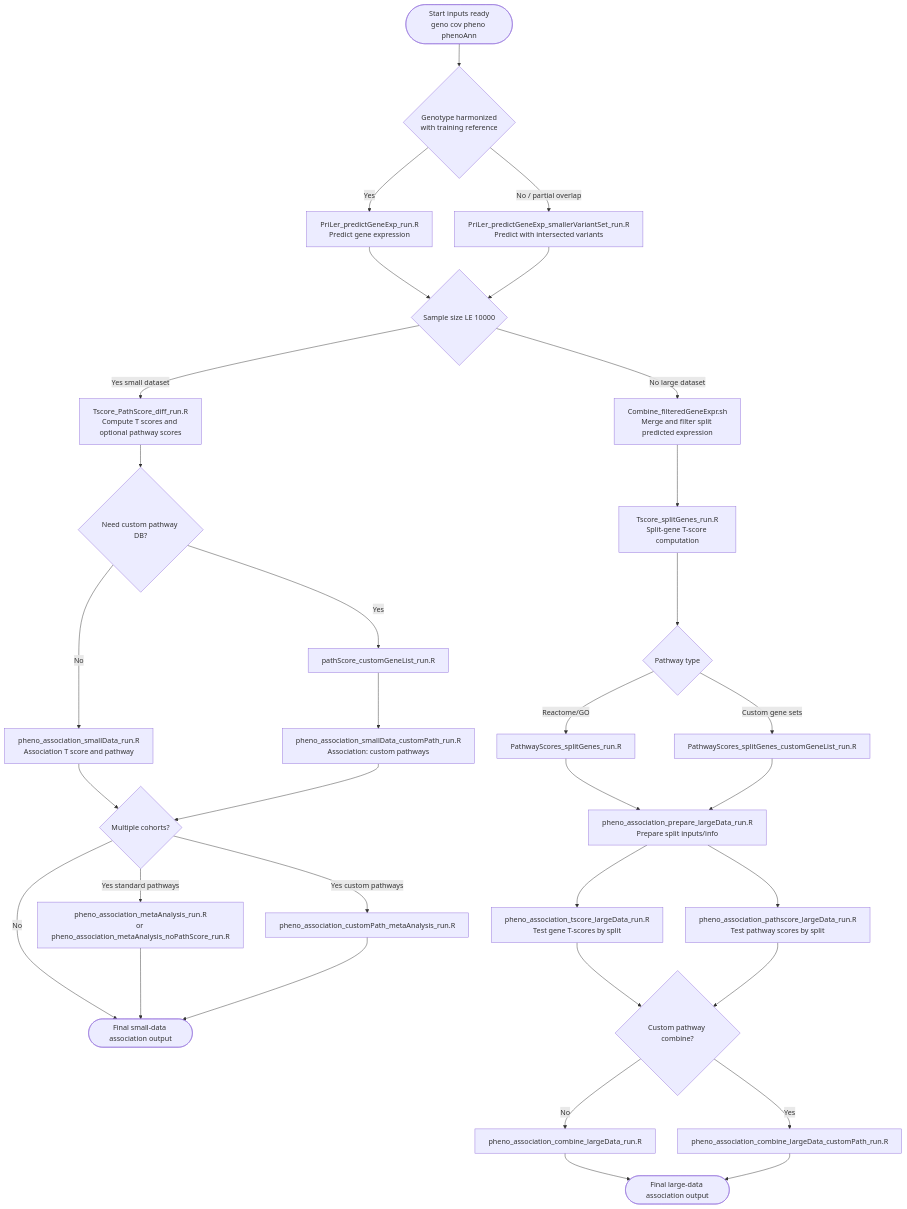
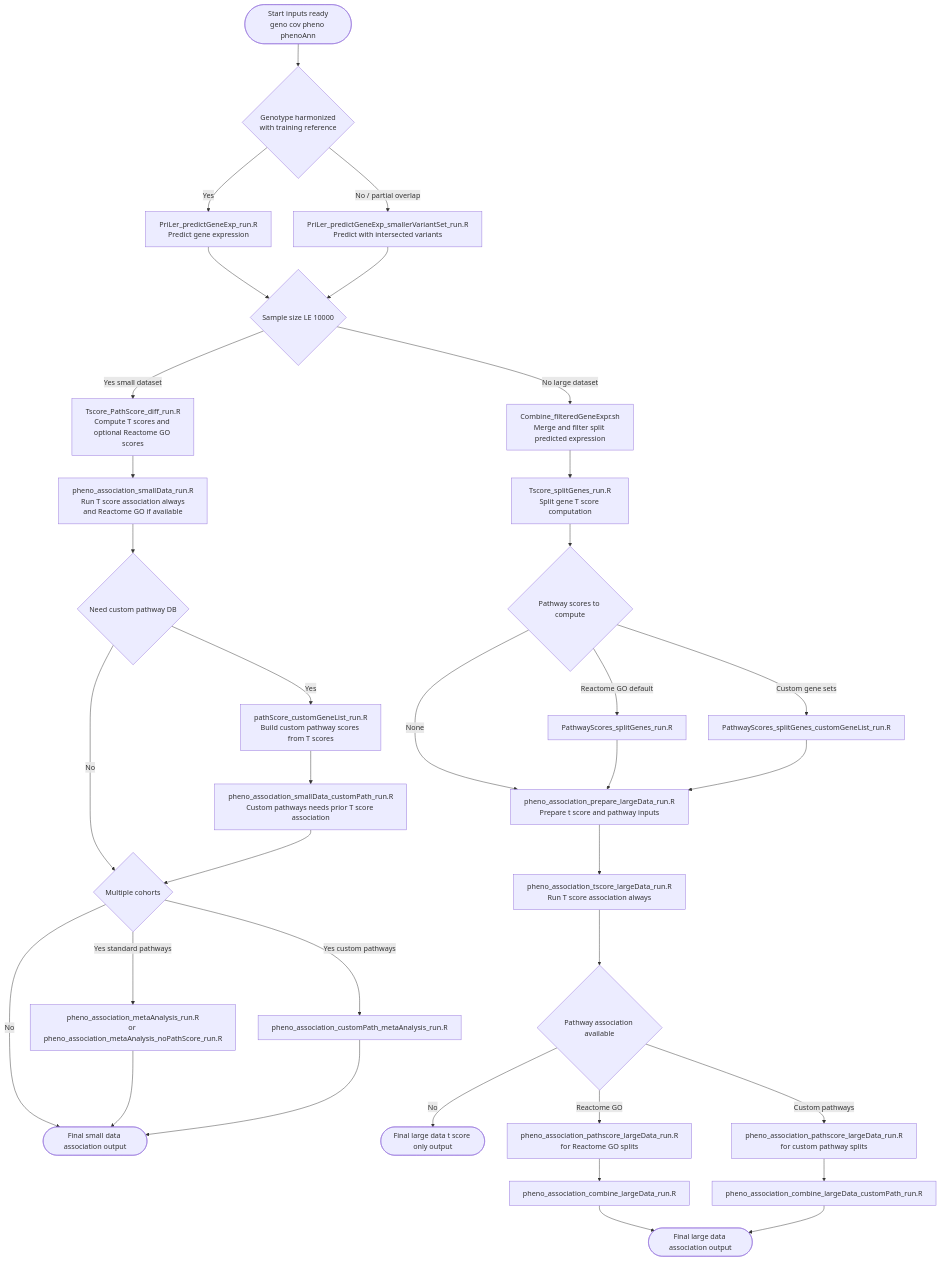
Before and after one commit to SantiDu/CASTom-iGEx: the diagram in Software/model_prediction/WORKFLOW.md, drawn with Mermaid. The commit also changed other lines of this file, not shown here.

Commit message:
T-score association first, with pathway analyses as optional branches (Reactome/GO default, custom optional)

````diff
--- a/Software/model_prediction/WORKFLOW.md
+++ b/Software/model_prediction/WORKFLOW.md
@@ -7,42 +7,43 @@
 ```mermaid
 flowchart TD
     A([Start inputs ready<br/>geno cov pheno phenoAnn]) --> B{Genotype harmonized<br/>with training reference}
 
     B -->|Yes| C[PriLer_predictGeneExp_run.R<br/>Predict gene expression]
     B -->|No / partial overlap| D[PriLer_predictGeneExp_smallerVariantSet_run.R<br/>Predict with intersected variants]
 
     C --> E{Sample size LE 10000}
     D --> E
 
     %% Small dataset branch
-    E -->|Yes small dataset| S1[Tscore_PathScore_diff_run.R<br/>Compute T scores and optional pathway scores]
-    S1 --> S1b{Need custom pathway DB?}
-    S1b -->|Yes| S2[pathScore_customGeneList_run.R]
-    S1b -->|No| S3[pheno_association_smallData_run.R<br/>Association T score and pathway]
-    S2 --> S4[pheno_association_smallData_customPath_run.R<br/>Association: custom pathways]
-    S3 --> S5{Multiple cohorts?}
-    S4 --> S5
-    S5 -->|No| Z1([Final small-data association output])
-    S5 -->|Yes standard pathways| S6[pheno_association_metaAnalysis_run.R<br/>or pheno_association_metaAnalysis_noPathScore_run.R]
-    S5 -->|Yes custom pathways| S7[pheno_association_customPath_metaAnalysis_run.R]
+    E -->|Yes small dataset| S1[Tscore_PathScore_diff_run.R<br/>Compute T scores and optional Reactome GO scores]
+    S1 --> S2[pheno_association_smallData_run.R<br/>Run T score association always<br/>and Reactome GO if available]
+    S2 --> S2b{Need custom pathway DB}
+    S2b -->|No| S4{Multiple cohorts}
+    S2b -->|Yes| S3[pathScore_customGeneList_run.R<br/>Build custom pathway scores from T scores]
+    S3 --> S3b[pheno_association_smallData_customPath_run.R<br/>Custom pathways needs prior T score association]
+    S3b --> S4
+    S4 -->|No| Z1([Final small data association output])
+    S4 -->|Yes standard pathways| S5[pheno_association_metaAnalysis_run.R<br/>or pheno_association_metaAnalysis_noPathScore_run.R]
+    S4 -->|Yes custom pathways| S6[pheno_association_customPath_metaAnalysis_run.R]
+    S5 --> Z1
     S6 --> Z1
-    S7 --> Z1
 
     %% Large dataset branch
     E -->|No large dataset| L0[Combine_filteredGeneExpr.sh<br/>Merge and filter split predicted expression]
-    L0 --> L1[Tscore_splitGenes_run.R<br/>Split-gene T-score computation]
-    L1 --> L2{Pathway type}
-    L2 -->|Reactome/GO| L3[PathwayScores_splitGenes_run.R]
+    L0 --> L1[Tscore_splitGenes_run.R<br/>Split gene T score computation]
+    L1 --> L2{Pathway scores to compute}
+    L2 -->|Reactome GO default| L3[PathwayScores_splitGenes_run.R]
     L2 -->|Custom gene sets| L3b[PathwayScores_splitGenes_customGeneList_run.R]
-
-    L3 --> L4[pheno_association_prepare_largeData_run.R<br/>Prepare split inputs/info]
+    L2 -->|None| L4
+    L3 --> L4[pheno_association_prepare_largeData_run.R<br/>Prepare t score and pathway inputs]
     L3b --> L4
-    L4 --> L5[pheno_association_tscore_largeData_run.R<br/>Test gene T-scores by split]
-    L4 --> L6[pheno_association_pathscore_largeData_run.R<br/>Test pathway scores by split]
-    L5 --> L7{Custom pathway combine?}
-    L6 --> L7
-    L7 -->|No| L8[pheno_association_combine_largeData_run.R]
-    L7 -->|Yes| L9[pheno_association_combine_largeData_customPath_run.R]
-    L8 --> Z2([Final large-data association output])
-    L9 --> Z2
+    L4 --> L5[pheno_association_tscore_largeData_run.R<br/>Run T score association always]
+    L5 --> L6{Pathway association available}
+    L6 -->|No| L9([Final large data t score only output])
+    L6 -->|Reactome GO| L7[pheno_association_pathscore_largeData_run.R<br/>for Reactome GO splits]
+    L6 -->|Custom pathways| L7b[pheno_association_pathscore_largeData_run.R<br/>for custom pathway splits]
+    L7 --> L8[pheno_association_combine_largeData_run.R]
+    L7b --> L8b[pheno_association_combine_largeData_customPath_run.R]
+    L8 --> Z2([Final large data association output])
+    L8b --> Z2
 ```
````
